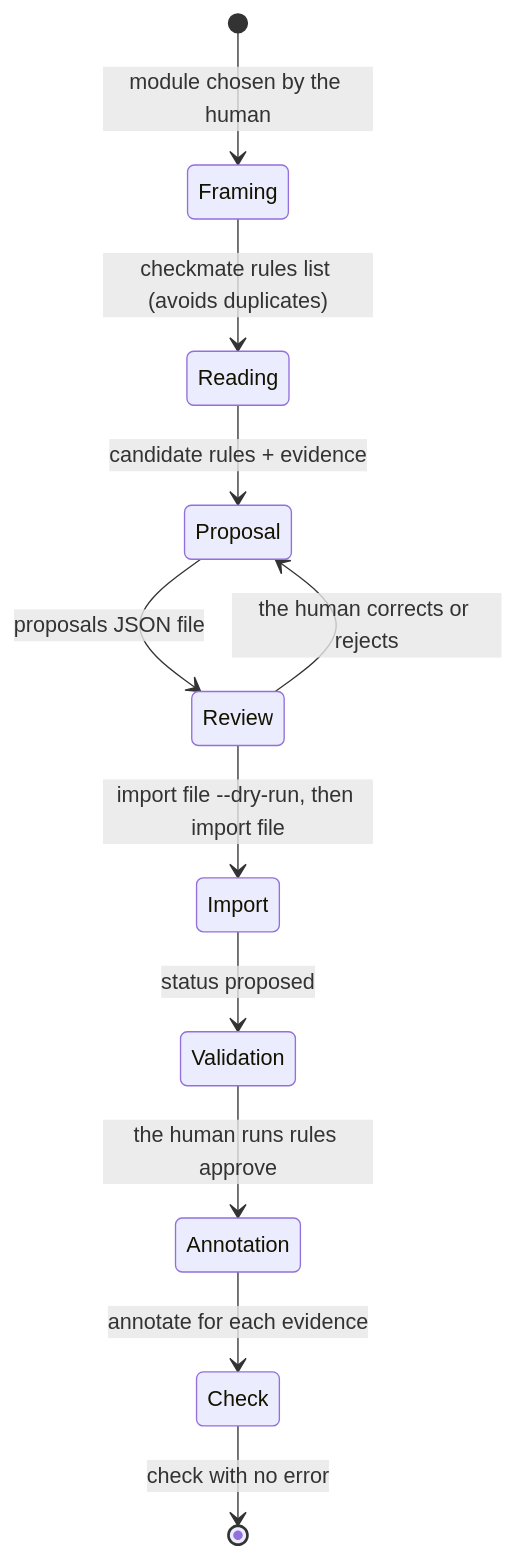
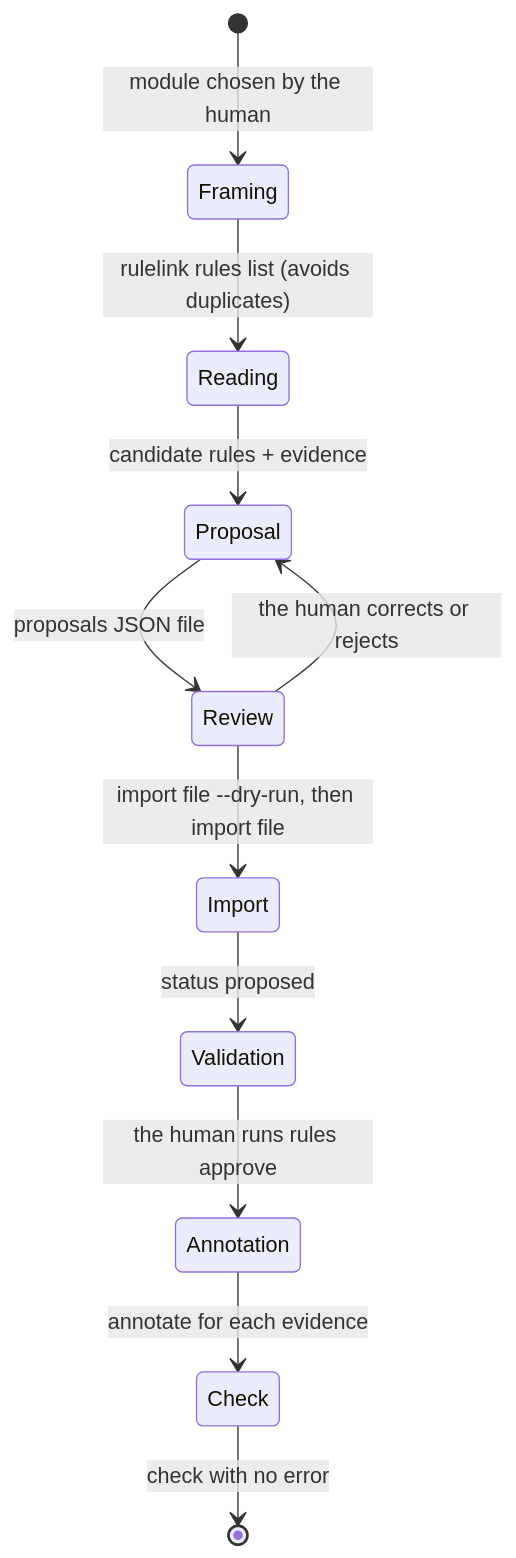
One commit to E-Jacques/Rulelink changed the first of 4 diagrams in docs/architecture/07-agent-integration.md. Above: the diagram before and after it, drawn with Mermaid. The commit also changed other lines of this file and 126 other files, not shown here.

First line of the commit message:
chore: rename the project from Checkmate to Rulelink (#6)

````diff
--- a/docs/architecture/07-agent-integration.md
+++ b/docs/architecture/07-agent-integration.md
@@ -90,13 +90,13 @@
 ```mermaid
 stateDiagram-v2
     [*] --> Framing : module chosen by the human
-    Framing --> Reading : checkmate rules list (avoids duplicates)
+    Framing --> Reading : rulelink rules list (avoids duplicates)
     Reading --> Proposal : candidate rules + evidence
     Proposal --> Review : proposals JSON file
     Review --> Proposal : the human corrects or rejects
     Review --> Import : import file --dry-run, then import file
     Import --> Validation : status proposed
     Validation --> Annotation : the human runs rules approve
     Annotation --> Check : annotate for each evidence
     Check --> [*] : check with no error
 ```
````
